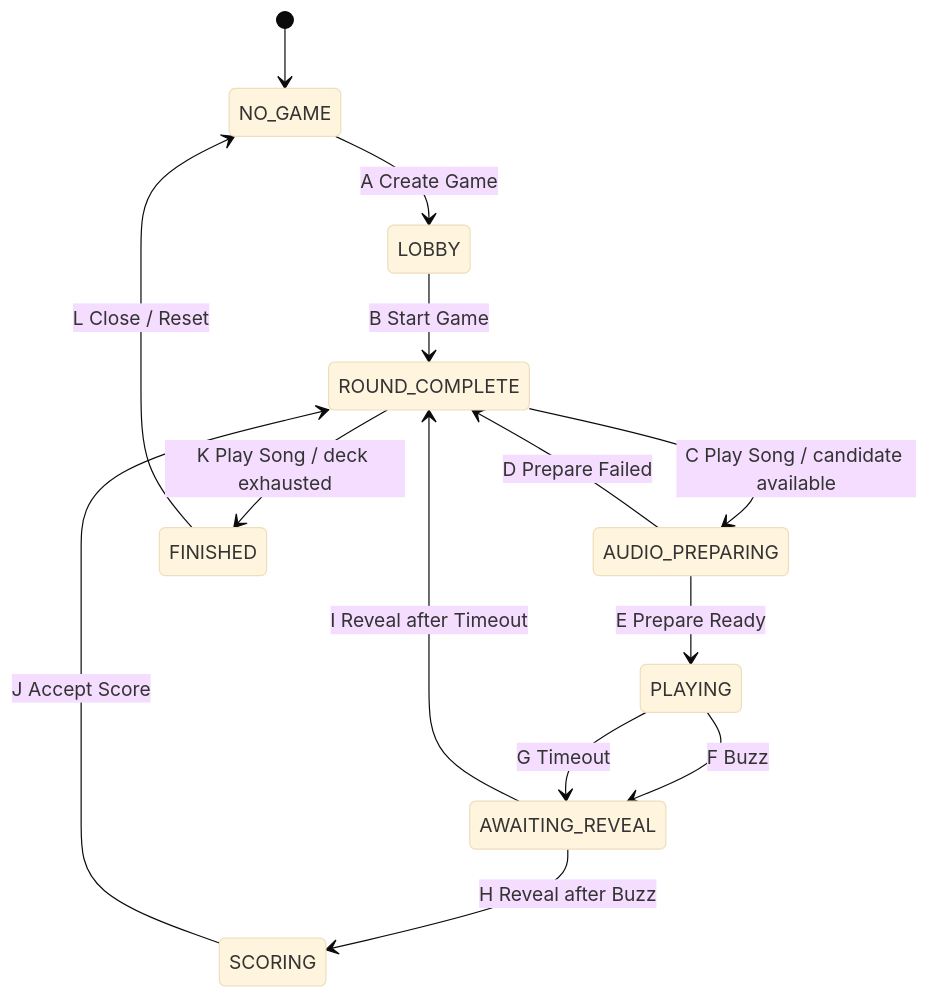
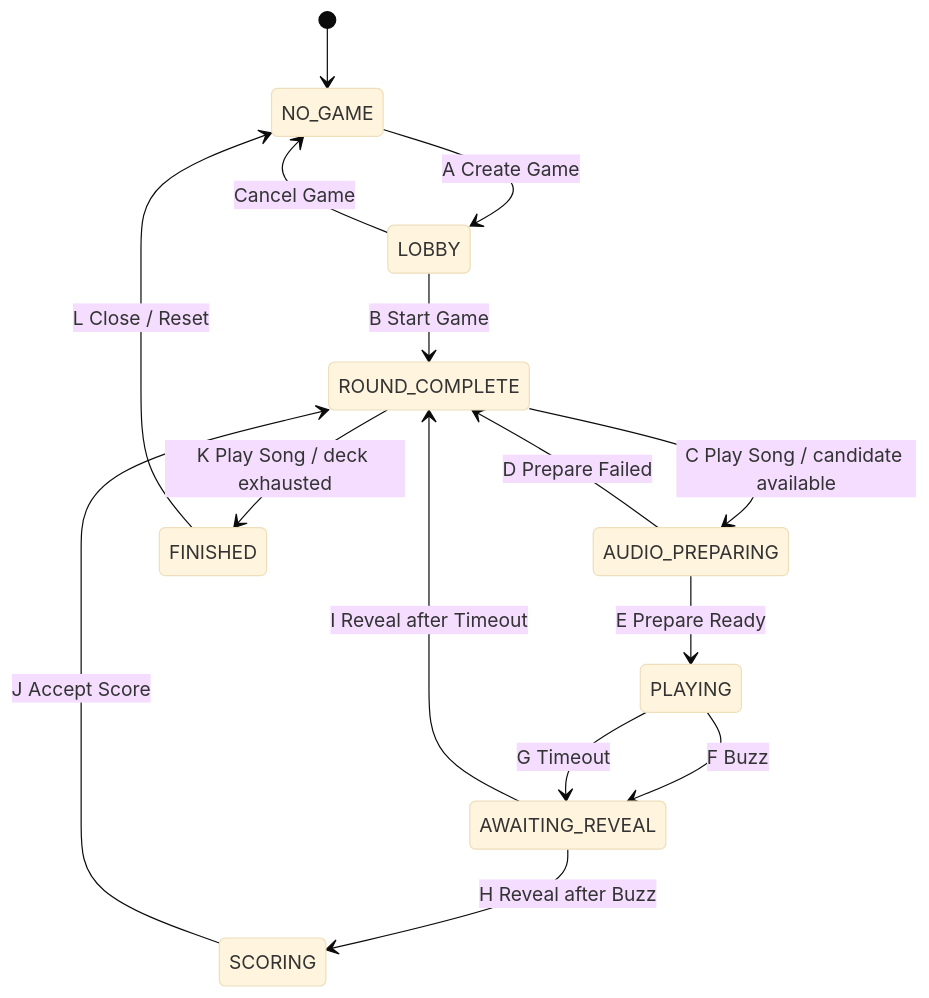
One commit to blackshirtcoder/whoSingsThat changed the diagram in PROJECT.md. Above: the diagram before and after it, drawn with Mermaid (base theme). The commit also changed other lines of this file and 8 other files, not shown here.

````diff
--- a/PROJECT.md
+++ b/PROJECT.md
@@ -584,22 +603,23 @@
 ```mermaid
 stateDiagram-v2
     [*] --> NO_GAME
 
     NO_GAME --> LOBBY: A Create Game
+    LOBBY --> NO_GAME: Cancel Game
     LOBBY --> ROUND_COMPLETE: B Start Game
 
     ROUND_COMPLETE --> AUDIO_PREPARING: C Play Song / candidate available
     AUDIO_PREPARING --> ROUND_COMPLETE: D Prepare Failed
     AUDIO_PREPARING --> PLAYING: E Prepare Ready
 
     PLAYING --> AWAITING_REVEAL: F Buzz
     PLAYING --> AWAITING_REVEAL: G Timeout
 
     AWAITING_REVEAL --> SCORING: H Reveal after Buzz
     AWAITING_REVEAL --> ROUND_COMPLETE: I Reveal after Timeout
 
     SCORING --> ROUND_COMPLETE: J Accept Score
 
     ROUND_COMPLETE --> FINISHED: K Play Song / deck exhausted
     FINISHED --> NO_GAME: L Close / Reset
 ```
````
